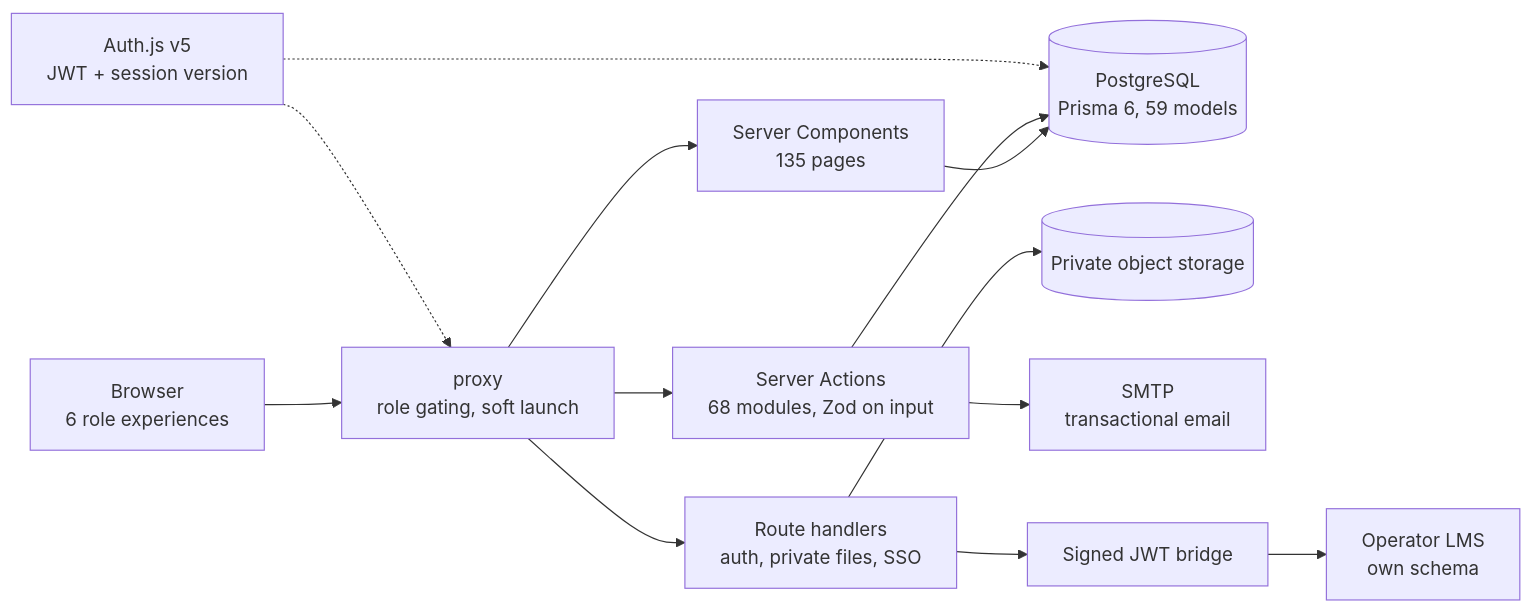
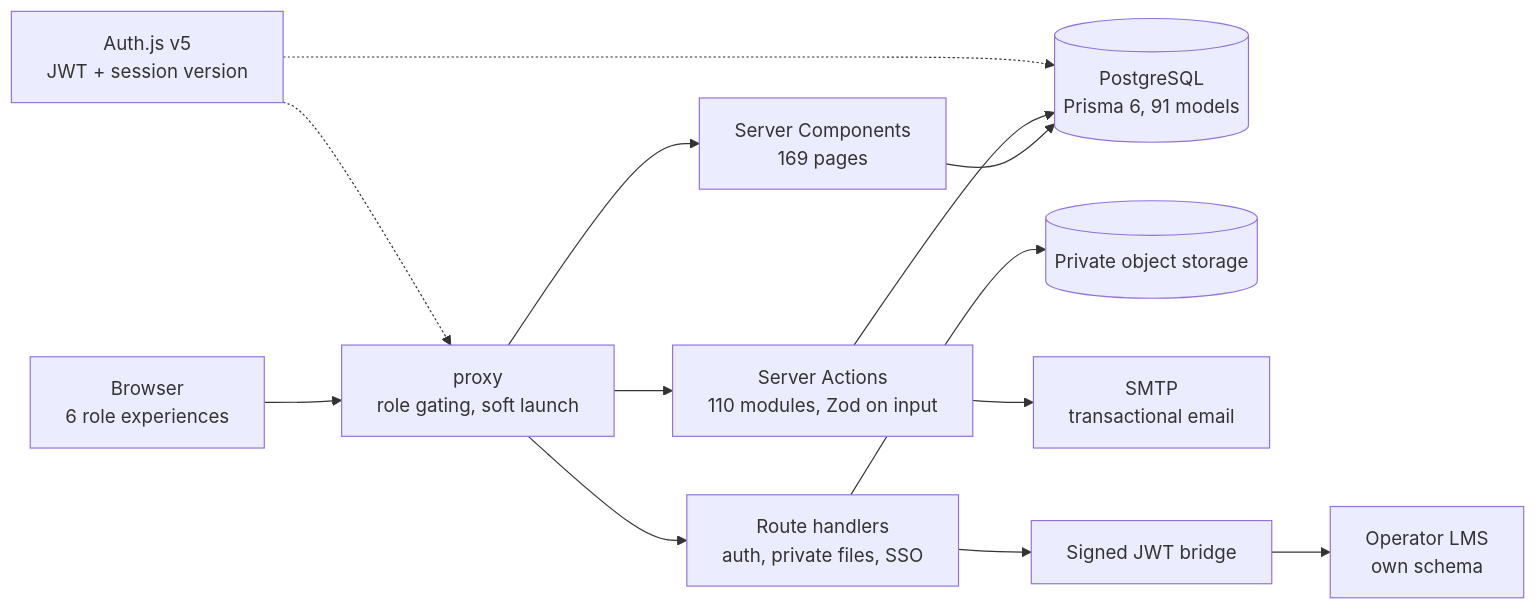
Before and after one commit to danielbrosed/RECONNECTIA-: the first of 2 diagrams in README.md, drawn with Mermaid. The commit also changed other lines of this file and 6 other files, not shown here.

````diff
--- a/README.md
+++ b/README.md
@@ -128,14 +128,14 @@
 ```mermaid
 flowchart LR
     U["Browser<br/>6 role experiences"] --> P["proxy<br/>role gating, soft launch"]
-    P --> RSC["Server Components<br/>135 pages"]
-    P --> SA["Server Actions<br/>68 modules, Zod on input"]
+    P --> RSC["Server Components<br/>169 pages"]
+    P --> SA["Server Actions<br/>110 modules, Zod on input"]
     P --> RH["Route handlers<br/>auth, private files, SSO"]
-    RSC --> DB[("PostgreSQL<br/>Prisma 6, 59 models")]
+    RSC --> DB[("PostgreSQL<br/>Prisma 6, 91 models")]
     SA --> DB
     RH --> ST[("Private object storage")]
     SA --> MAIL["SMTP<br/>transactional email"]
     RH --> SSO["Signed JWT bridge"] --> LMS["Operator LMS<br/>own schema"]
     AUTH["Auth.js v5<br/>JWT + session version"] -.-> P
     AUTH -.-> DB
 ```
````
